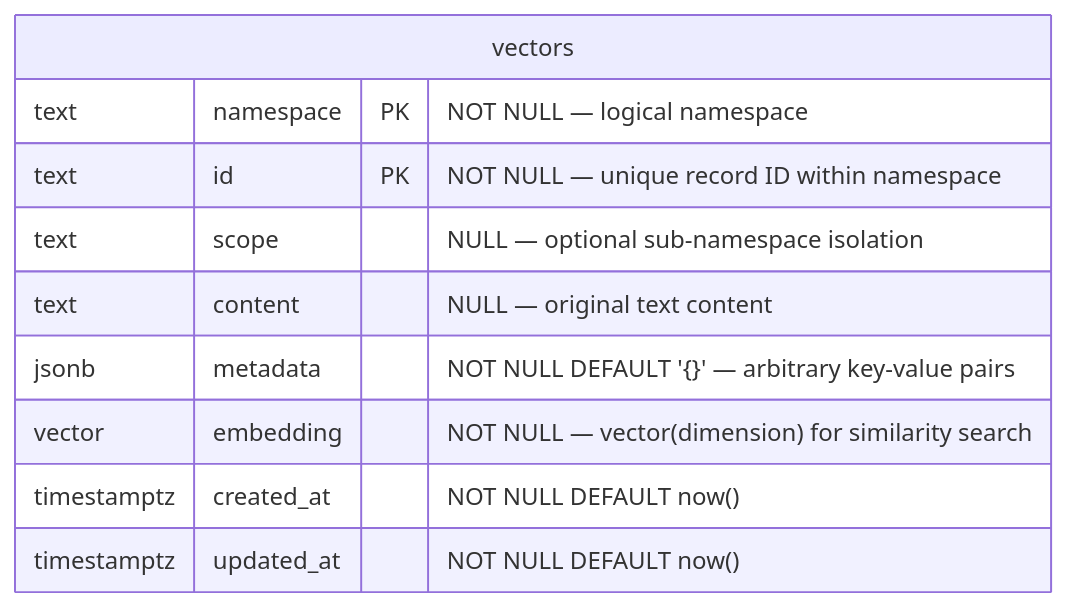
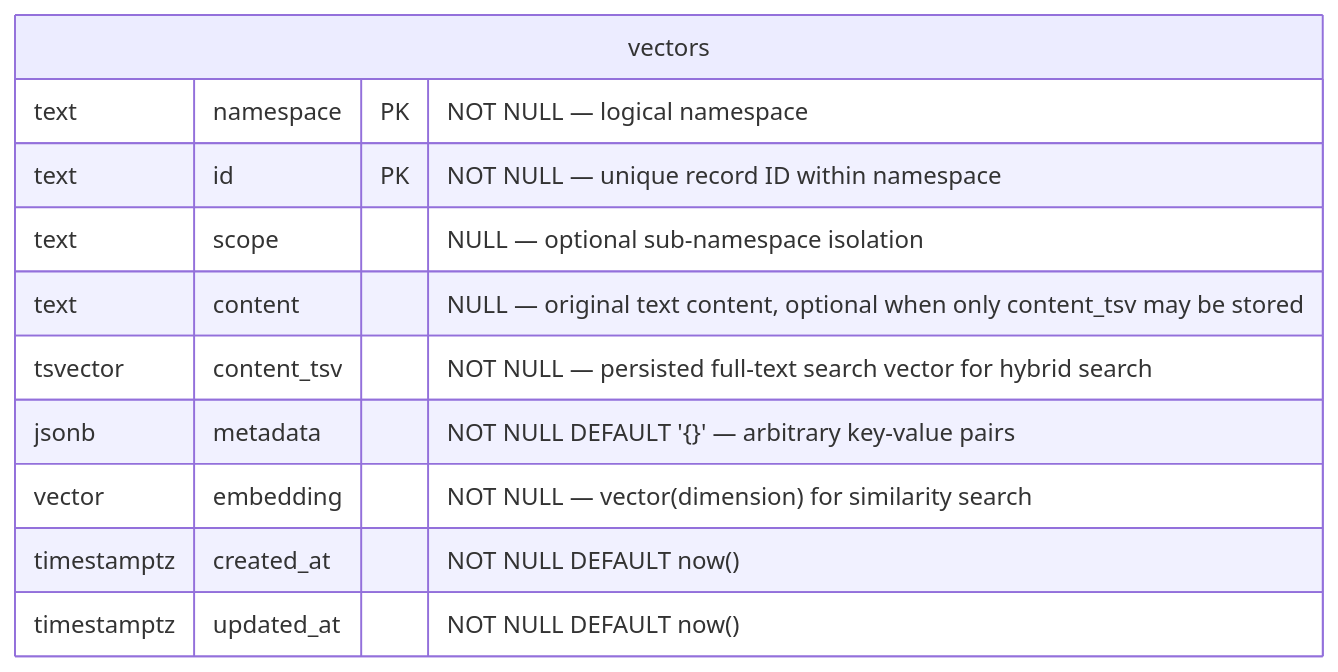
One commit to AJ-comp/Mythosia.AI changed the diagram in vectordb/Mythosia.VectorDb.Postgres/README.md. Above: the diagram before and after it, drawn with Mermaid. The commit also changed other lines of this file and 19 other files, not shown here.

First line of the commit message:
feat(vectordb): hybrid search improvements across all vector store providers

````diff
--- a/vectordb/Mythosia.VectorDb.Postgres/README.md
+++ b/vectordb/Mythosia.VectorDb.Postgres/README.md
@@ -60,13 +120,14 @@
 ```mermaid
 erDiagram
     vectors {
         text namespace PK "NOT NULL — logical namespace"
         text id PK "NOT NULL — unique record ID within namespace"
         text scope "NULL — optional sub-namespace isolation"
-        text content "NULL — original text content"
+        text content "NULL — original text content, optional when only content_tsv may be stored"
+        tsvector content_tsv "NOT NULL — persisted full-text search vector for hybrid search"
         jsonb metadata "NOT NULL DEFAULT '{}' — arbitrary key-value pairs"
         vector embedding "NOT NULL — vector(dimension) for similarity search"
         timestamptz created_at "NOT NULL DEFAULT now()"
         timestamptz updated_at "NOT NULL DEFAULT now()"
     }
 ```
````
